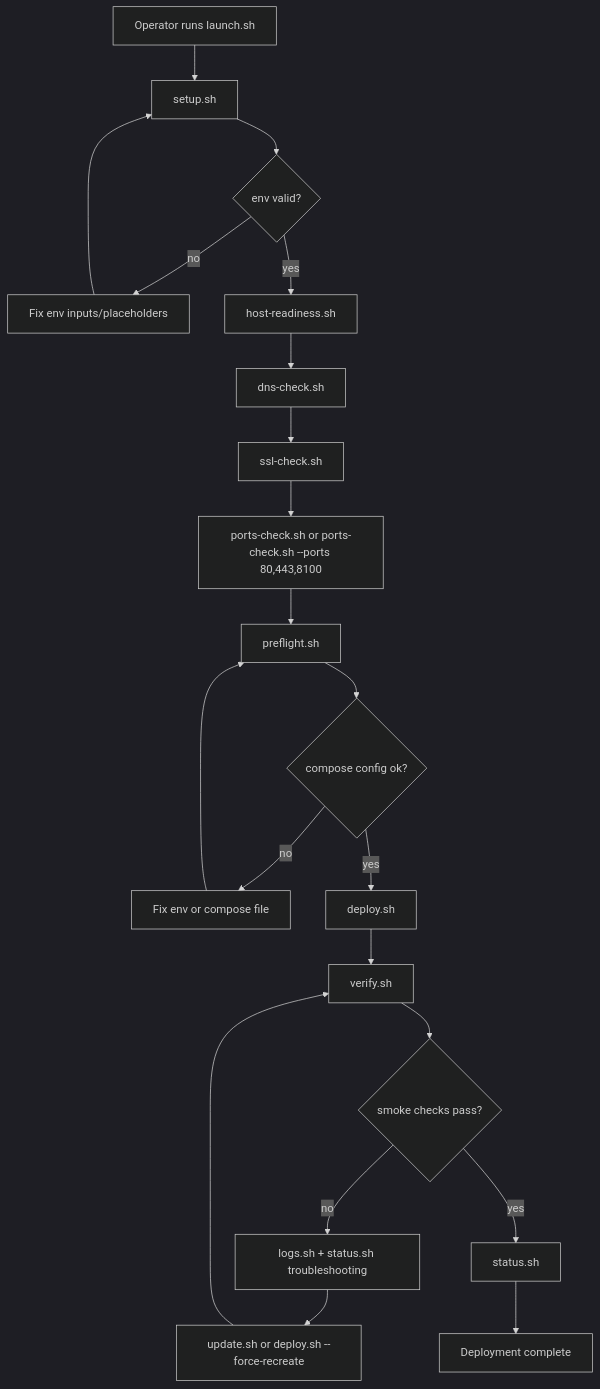
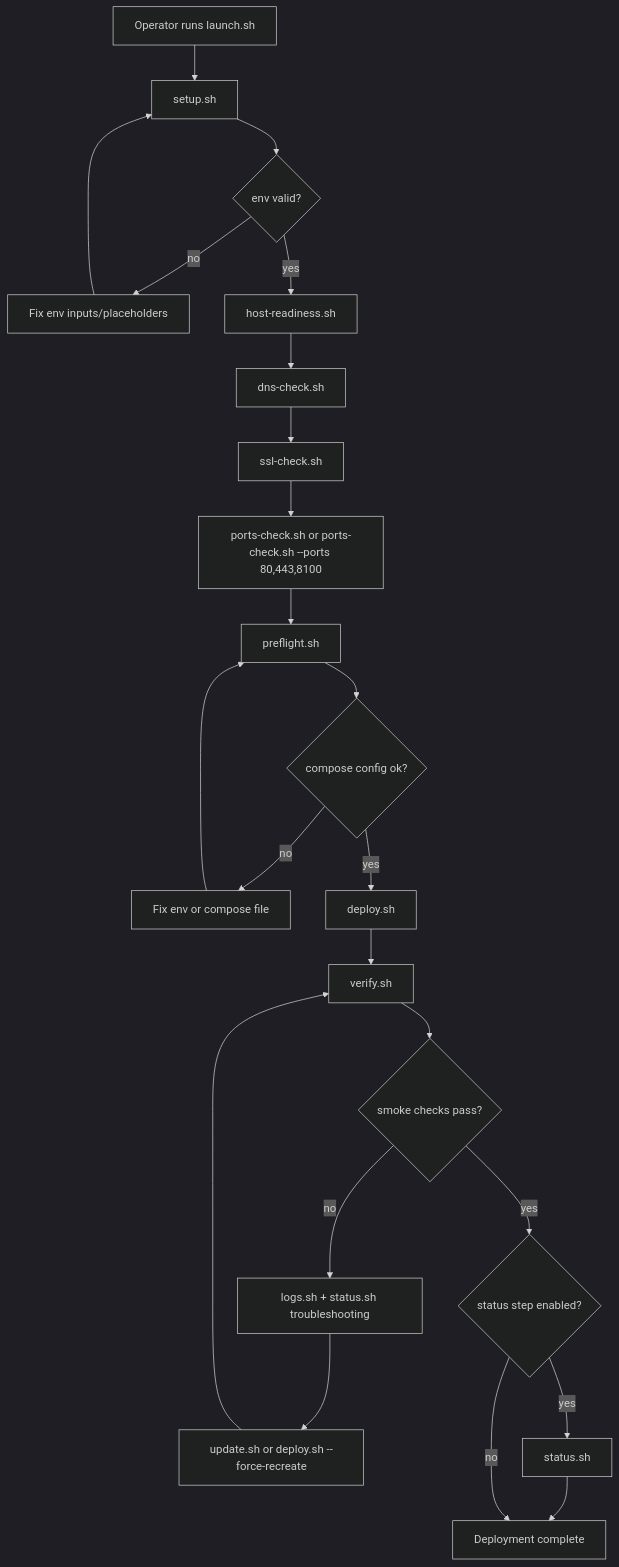
Before and after one commit to AmanVatsSharma/MailZen-Smart-Email-Management: the first of 3 diagrams in deploy/ec2/FLOW.md, drawn with Mermaid (dark theme). The commit also changed 5 other files, not shown here.

````diff
--- a/deploy/ec2/FLOW.md
+++ b/deploy/ec2/FLOW.md
@@ -8,23 +8,25 @@
 ```mermaid
 flowchart TD
   Start[Operator runs launch.sh] --> Setup[setup.sh]
   Setup --> EnvOK{env valid?}
   EnvOK -- no --> FixEnv[Fix env inputs/placeholders]
   FixEnv --> Setup
   EnvOK -- yes --> HostReady[host-readiness.sh]
   HostReady --> DnsCheck[dns-check.sh]
   DnsCheck --> SslCheck[ssl-check.sh]
   SslCheck --> PortsCheck[ports-check.sh or ports-check.sh --ports 80,443,8100]
   PortsCheck --> Preflight[preflight.sh]
   Preflight --> ComposeConfig{compose config ok?}
   ComposeConfig -- no --> FixConfig[Fix env or compose file]
   FixConfig --> Preflight
   ComposeConfig -- yes --> Deploy[deploy.sh]
   Deploy --> Verify[verify.sh]
   Verify --> VerifyOK{smoke checks pass?}
   VerifyOK -- no --> Logs[logs.sh + status.sh troubleshooting]
   Logs --> FixAndRedeploy[update.sh or deploy.sh --force-recreate]
   FixAndRedeploy --> Verify
-  VerifyOK -- yes --> Status[status.sh]
+  VerifyOK -- yes --> StatusGate{status step enabled?}
+  StatusGate -- yes --> Status[status.sh]
   Status --> Done[Deployment complete]
+  StatusGate -- no --> Done
 ```
````
